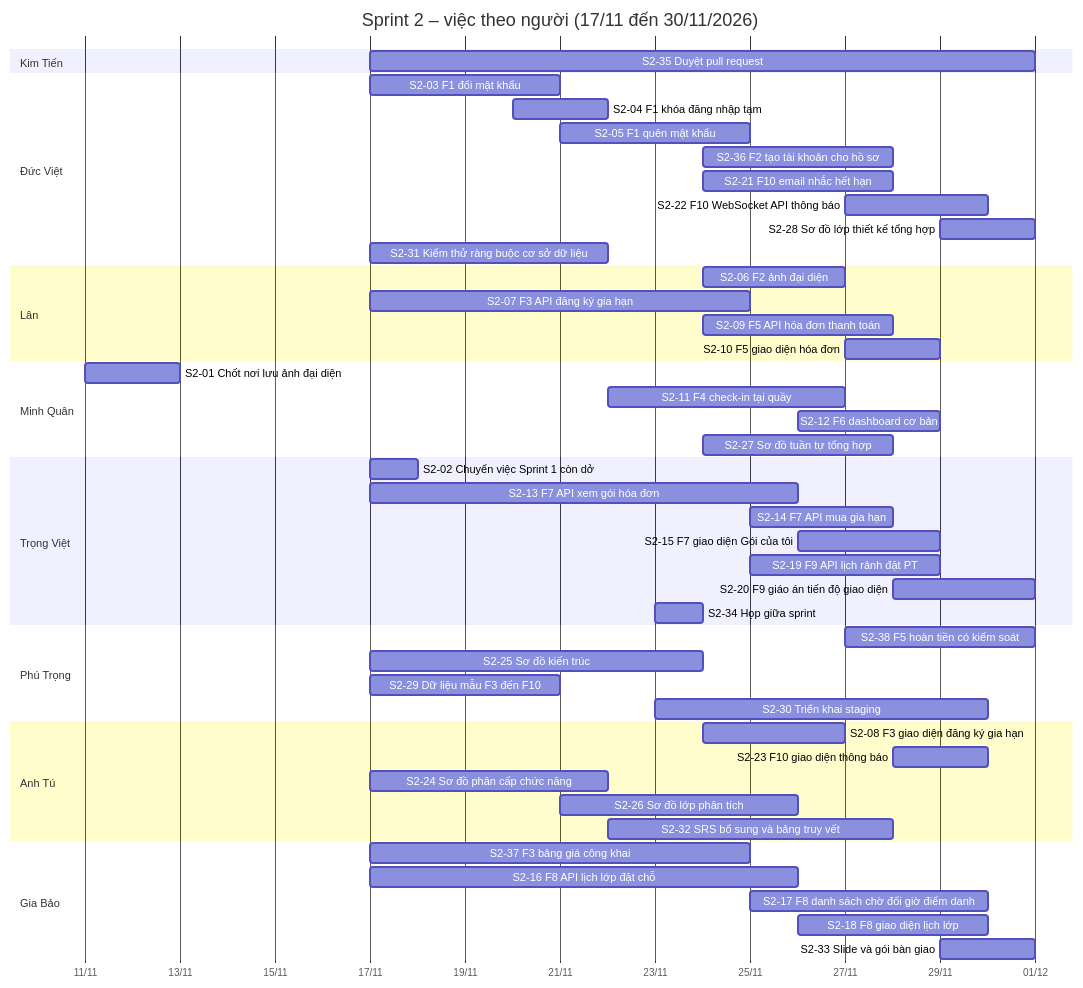
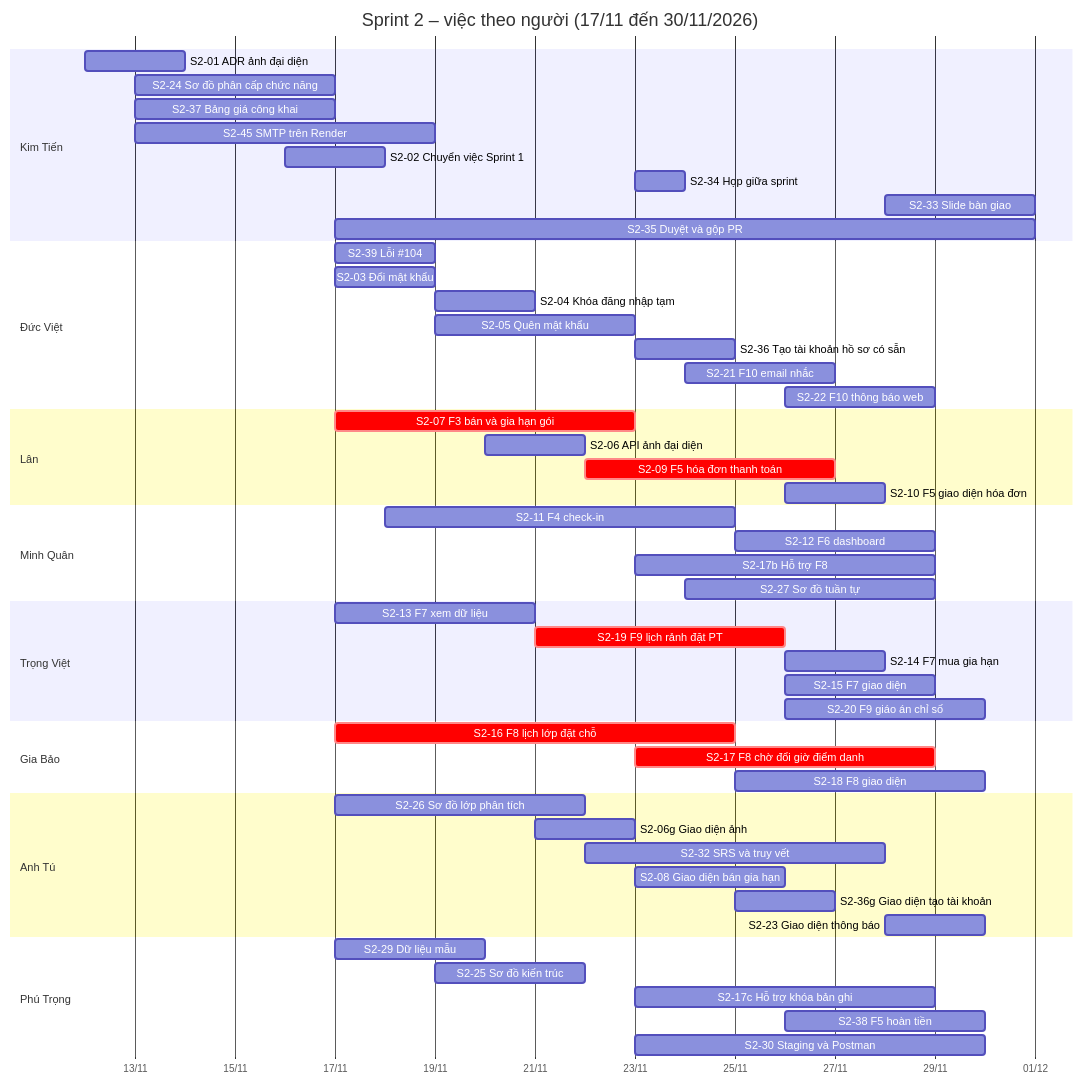
Before and after one commit to Ktin06/it3180_nhom6_gym_management: the diagram in docs/plans/sprint-2-ke-hoach.md, drawn with Mermaid. The commit also changed other lines of this file, not shown here.

First line of the commit message:
docs(plans): chốt phân công và lịch Sprint 2

````diff
--- a/docs/plans/sprint-2-ke-hoach.md
+++ b/docs/plans/sprint-2-ke-hoach.md
@@ -90,53 +139,57 @@
 ```mermaid
 gantt
     title Sprint 2 – việc theo người (17/11 đến 30/11/2026)
     dateFormat YYYY-MM-DD
     axisFormat %d/%m
 
     section Kim Tiến
-    S2-35 Duyệt pull request :s235, 2026-11-17, 2026-12-01
+    S2-01 ADR ảnh đại diện :s201, 2026-11-12, 2026-11-14
+    S2-24 Sơ đồ phân cấp chức năng :s224, 2026-11-13, 2026-11-17
+    S2-37 Bảng giá công khai :s237, 2026-11-13, 2026-11-17
+    S2-45 SMTP trên Render :s245, 2026-11-13, 2026-11-19
+    S2-02 Chuyển việc Sprint 1 :s202, 2026-11-16, 2026-11-18
+    S2-34 Họp giữa sprint :s234, 2026-11-23, 2026-11-24
+    S2-33 Slide bàn giao :s233, 2026-11-28, 2026-12-01
+    S2-35 Duyệt và gộp PR :s235, 2026-11-17, 2026-12-01
     section Đức Việt
-    S2-03 F1 đổi mật khẩu :s203, 2026-11-17, 2026-11-21
-    S2-04 F1 khóa đăng nhập tạm :s204, 2026-11-20, 2026-11-22
-    S2-05 F1 quên mật khẩu :s205, 2026-11-21, 2026-11-25
-    S2-36 F2 tạo tài khoản cho hồ sơ :s236, 2026-11-24, 2026-11-28
-    S2-21 F10 email nhắc hết hạn :s221, 2026-11-24, 2026-11-28
-    S2-22 F10 WebSocket API thông báo :s222, 2026-11-27, 2026-11-30
-    S2-28 Sơ đồ lớp thiết kế tổng hợp :s228, 2026-11-29, 2026-12-01
-    S2-31 Kiểm thử ràng buộc cơ sở dữ liệu :s231, 2026-11-17, 2026-11-22
+    S2-39 Lỗi #104 :s239, 2026-11-17, 2026-11-19
+    S2-03 Đổi mật khẩu :s203, 2026-11-17, 2026-11-19
+    S2-04 Khóa đăng nhập tạm :s204, 2026-11-19, 2026-11-21
+    S2-05 Quên mật khẩu :s205, 2026-11-19, 2026-11-23
+    S2-36 Tạo tài khoản hồ sơ có sẵn :s236, 2026-11-23, 2026-11-25
+    S2-21 F10 email nhắc :s221, 2026-11-24, 2026-11-27
+    S2-22 F10 thông báo web :s222, 2026-11-26, 2026-11-29
     section Lân
-    S2-06 F2 ảnh đại diện :s206, 2026-11-24, 2026-11-27
-    S2-07 F3 API đăng ký gia hạn :s207, 2026-11-17, 2026-11-25
-    S2-09 F5 API hóa đơn thanh toán :s209, 2026-11-24, 2026-11-28
-    S2-10 F5 giao diện hóa đơn :s210, 2026-11-27, 2026-11-29
+    S2-07 F3 bán và gia hạn gói :crit, s207, 2026-11-17, 2026-11-23
+    S2-06 API ảnh đại diện :s206, 2026-11-20, 2026-11-22
+    S2-09 F5 hóa đơn thanh toán :crit, s209, 2026-11-22, 2026-11-27
+    S2-10 F5 giao diện hóa đơn :s210, 2026-11-26, 2026-11-28
     section Minh Quân
-    S2-01 Chốt nơi lưu ảnh đại diện :s201, 2026-11-11, 2026-11-13
-    S2-11 F4 check-in tại quầy :s211, 2026-11-22, 2026-11-27
-    S2-12 F6 dashboard cơ bản :s212, 2026-11-26, 2026-11-29
-    S2-27 Sơ đồ tuần tự tổng hợp :s227, 2026-11-24, 2026-11-28
+    S2-11 F4 check-in :s211, 2026-11-18, 2026-11-25
+    S2-12 F6 dashboard :s212, 2026-11-25, 2026-11-29
+    S2-17b Hỗ trợ F8 :s217b, 2026-11-23, 2026-11-29
+    S2-27 Sơ đồ tuần tự :s227, 2026-11-24, 2026-11-29
     section Trọng Việt
-    S2-02 Chuyển việc Sprint 1 còn dở :s202, 2026-11-17, 2026-11-18
-    S2-13 F7 API xem gói hóa đơn :s213, 2026-11-17, 2026-11-26
-    S2-14 F7 API mua gia hạn :s214, 2026-11-25, 2026-11-28
-    S2-15 F7 giao diện Gói của tôi :s215, 2026-11-26, 2026-11-29
-    S2-19 F9 API lịch rảnh đặt PT :s219, 2026-11-25, 2026-11-29
-    S2-20 F9 giáo án tiến độ giao diện :s220, 2026-11-28, 2026-12-01
-    S2-34 Họp giữa sprint :s234, 2026-11-23, 2026-11-24
+    S2-13 F7 xem dữ liệu :s213, 2026-11-17, 2026-11-21
+    S2-19 F9 lịch rảnh đặt PT :crit, s219, 2026-11-21, 2026-11-26
+    S2-14 F7 mua gia hạn :s214, 2026-11-26, 2026-11-28
+    S2-15 F7 giao diện :s215, 2026-11-26, 2026-11-29
+    S2-20 F9 giáo án chỉ số :s220, 2026-11-26, 2026-11-30
+    section Gia Bảo
+    S2-16 F8 lịch lớp đặt chỗ :crit, s216, 2026-11-17, 2026-11-25
+    S2-17 F8 chờ đổi giờ điểm danh :crit, s217, 2026-11-23, 2026-11-29
+    S2-18 F8 giao diện :s218, 2026-11-25, 2026-11-30
+    section Anh Tú
+    S2-26 Sơ đồ lớp phân tích :s226, 2026-11-17, 2026-11-22
+    S2-06g Giao diện ảnh :s206g, 2026-11-21, 2026-11-23
+    S2-32 SRS và truy vết :s232, 2026-11-22, 2026-11-28
+    S2-08 Giao diện bán gia hạn :s208, 2026-11-23, 2026-11-26
+    S2-36g Giao diện tạo tài khoản :s236g, 2026-11-25, 2026-11-27
+    S2-23 Giao diện thông báo :s223, 2026-11-28, 2026-11-30
     section Phú Trọng
-    S2-38 F5 hoàn tiền có kiểm soát :s238, 2026-11-27, 2026-12-01
-    S2-25 Sơ đồ kiến trúc :s225, 2026-11-17, 2026-11-24
-    S2-29 Dữ liệu mẫu F3 đến F10 :s229, 2026-11-17, 2026-11-21
-    S2-30 Triển khai staging :s230, 2026-11-23, 2026-11-30
-    section Anh Tú
-    S2-08 F3 giao diện đăng ký gia hạn :s208, 2026-11-24, 2026-11-27
-    S2-23 F10 giao diện thông báo :s223, 2026-11-28, 2026-11-30
-    S2-24 Sơ đồ phân cấp chức năng :s224, 2026-11-17, 2026-11-22
-    S2-26 Sơ đồ lớp phân tích :s226, 2026-11-21, 2026-11-26
-    S2-32 SRS bổ sung và bảng truy vết :s232, 2026-11-22, 2026-11-28
-    section Gia Bảo
-    S2-37 F3 bảng giá công khai :s237, 2026-11-17, 2026-11-25
-    S2-16 F8 API lịch lớp đặt chỗ :s216, 2026-11-17, 2026-11-26
-    S2-17 F8 danh sách chờ đổi giờ điểm danh :s217, 2026-11-25, 2026-11-30
-    S2-18 F8 giao diện lịch lớp :s218, 2026-11-26, 2026-11-30
-    S2-33 Slide và gói bàn giao :s233, 2026-11-29, 2026-12-01
+    S2-29 Dữ liệu mẫu :s229, 2026-11-17, 2026-11-20
+    S2-25 Sơ đồ kiến trúc :s225, 2026-11-19, 2026-11-22
+    S2-17c Hỗ trợ khóa bản ghi :s217c, 2026-11-23, 2026-11-29
+    S2-38 F5 hoàn tiền :s238, 2026-11-26, 2026-11-30
+    S2-30 Staging và Postman :s230, 2026-11-23, 2026-11-30
 ```
````
